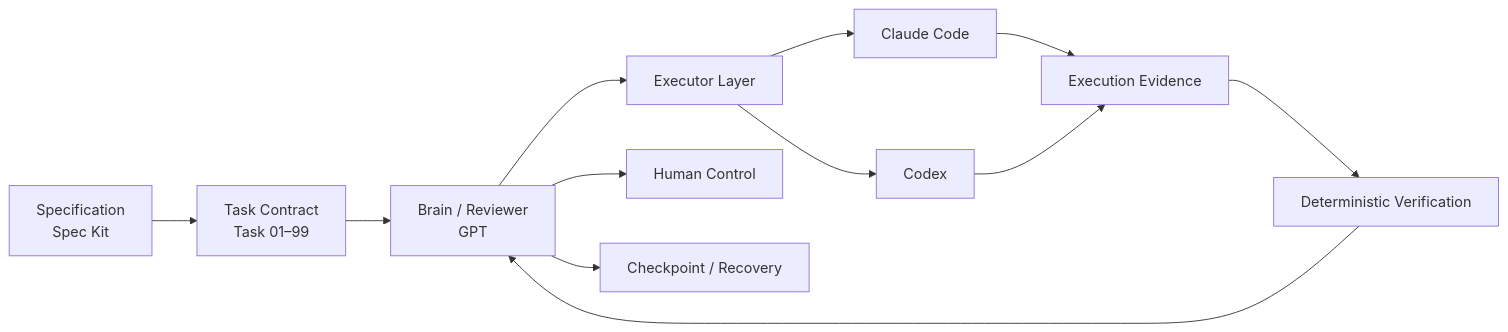
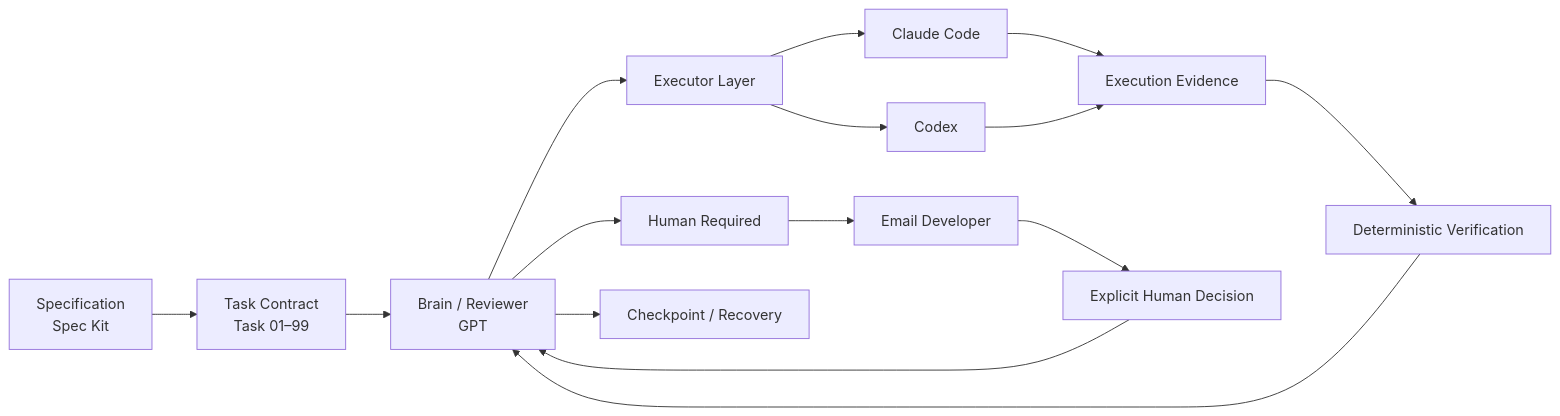
One commit to weijianjunwjj/nova-wing-showcase changed the first of 2 diagrams in docs/architecture.md. Above: the diagram before and after it, drawn with Mermaid. The commit also changed other lines of this file, not shown here.

Commit message:
docs: add human decision notification to architecture

````diff
--- a/docs/architecture.md
+++ b/docs/architecture.md
@@ -7,14 +7,17 @@
 ```mermaid
 flowchart LR
     S["Specification\nSpec Kit"] --> T["Task Contract\nTask 01–99"]
     T --> B["Brain / Reviewer\nGPT"]
     B --> X["Executor Layer"]
     X --> C["Claude Code"]
     X --> D["Codex"]
     C --> R["Execution Evidence"]
     D --> R
     R --> V["Deterministic Verification"]
     V --> B
-    B --> H["Human Control"]
+    B --> H["Human Required"]
+    H --> N["Email Developer"]
+    N --> U["Explicit Human Decision"]
+    U --> B
     B --> K["Checkpoint / Recovery"]
 ```
````
